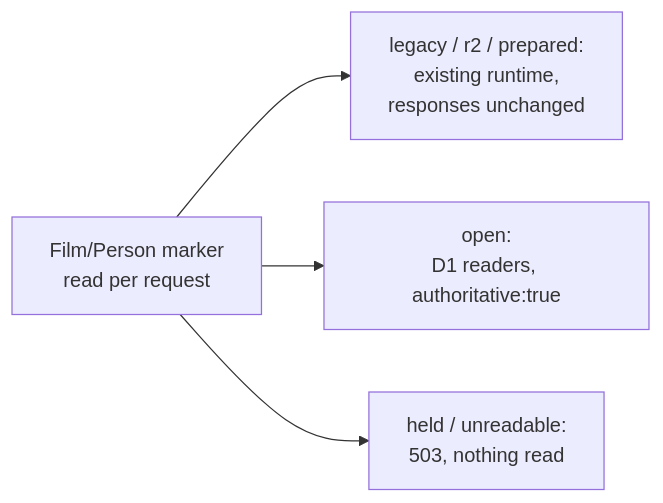
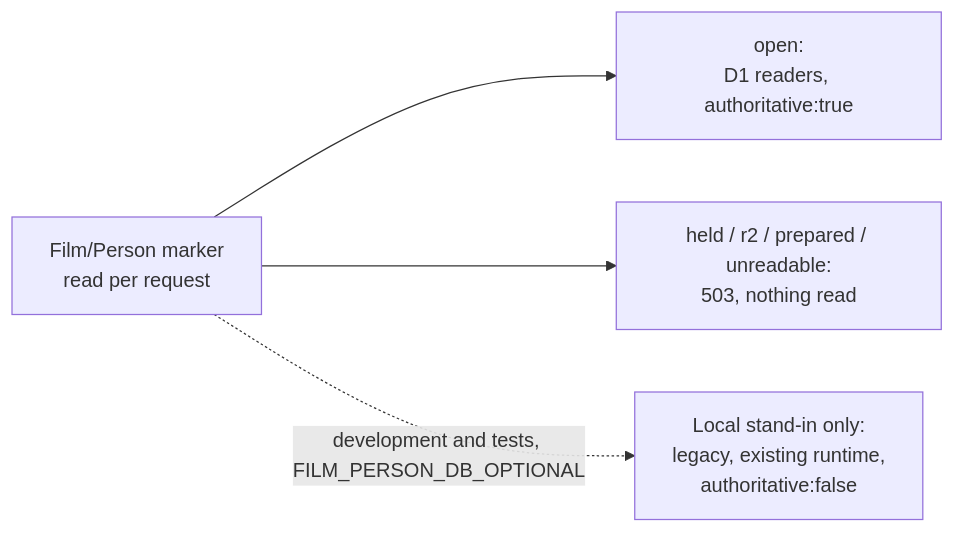
The third of 6 diagrams in docs/architecture/film-person-lifecycle.md (vladimino/iptv-watchlist), drawn with Mermaid before and after one commit. The commit also changed other lines of this file and 19 other files, not shown here.

````diff
--- a/docs/architecture/film-person-lifecycle.md
+++ b/docs/architecture/film-person-lifecycle.md
@@ -67,10 +67,10 @@
 ```mermaid
 flowchart LR
     marker["Film/Person marker<br/>read per request"]
-    existing["legacy / r2 / prepared:<br/>existing runtime,<br/>responses unchanged"]
     d1["open:<br/>D1 readers, authoritative:true"]
-    refuse["held / unreadable:<br/>503, nothing read"]
-    marker --> existing
+    refuse["held / r2 / prepared / unreadable:<br/>503, nothing read"]
+    standin["Local stand-in only:<br/>legacy, existing runtime,<br/>authoritative:false"]
     marker --> d1
     marker --> refuse
+    marker -.->|development and tests, FILM_PERSON_DB_OPTIONAL| standin
 ```
````
